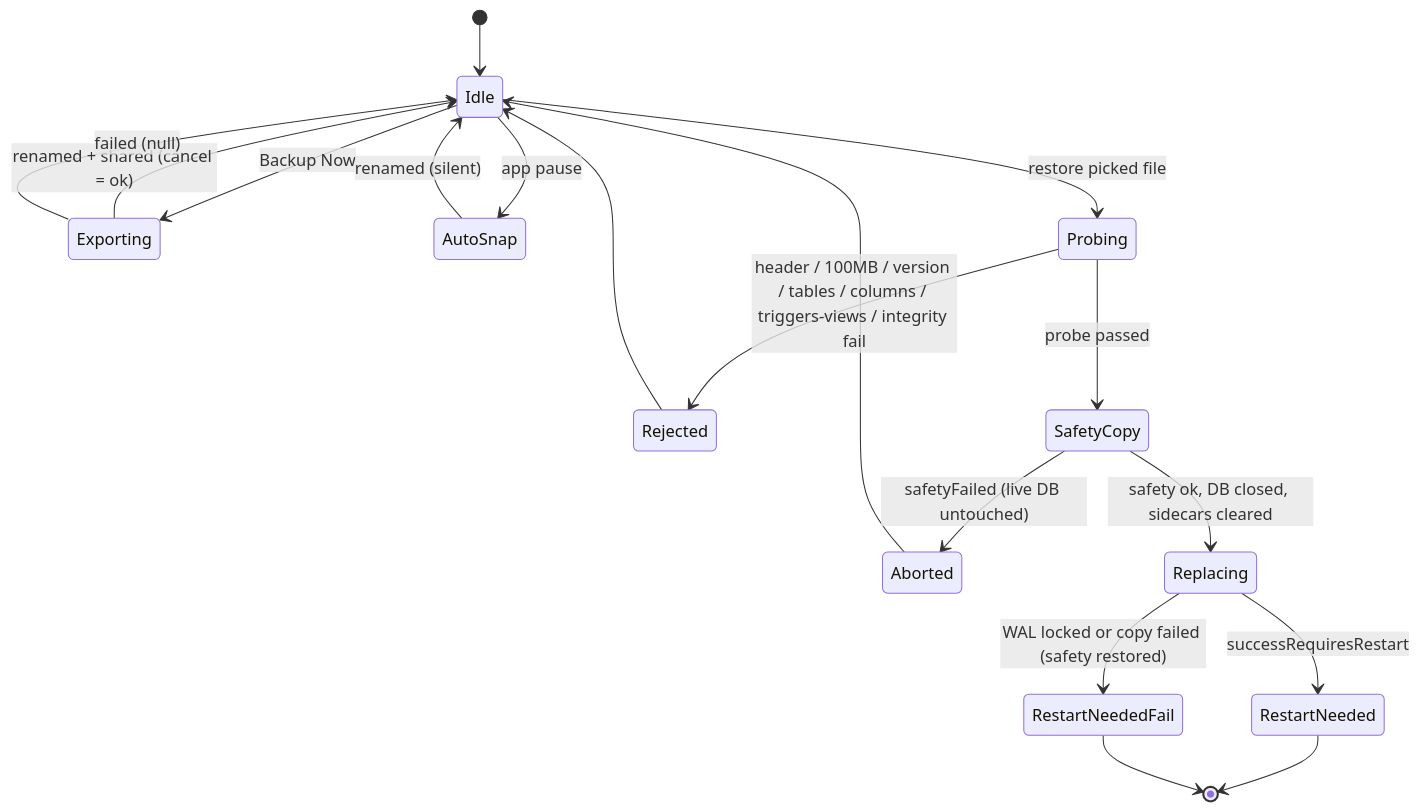
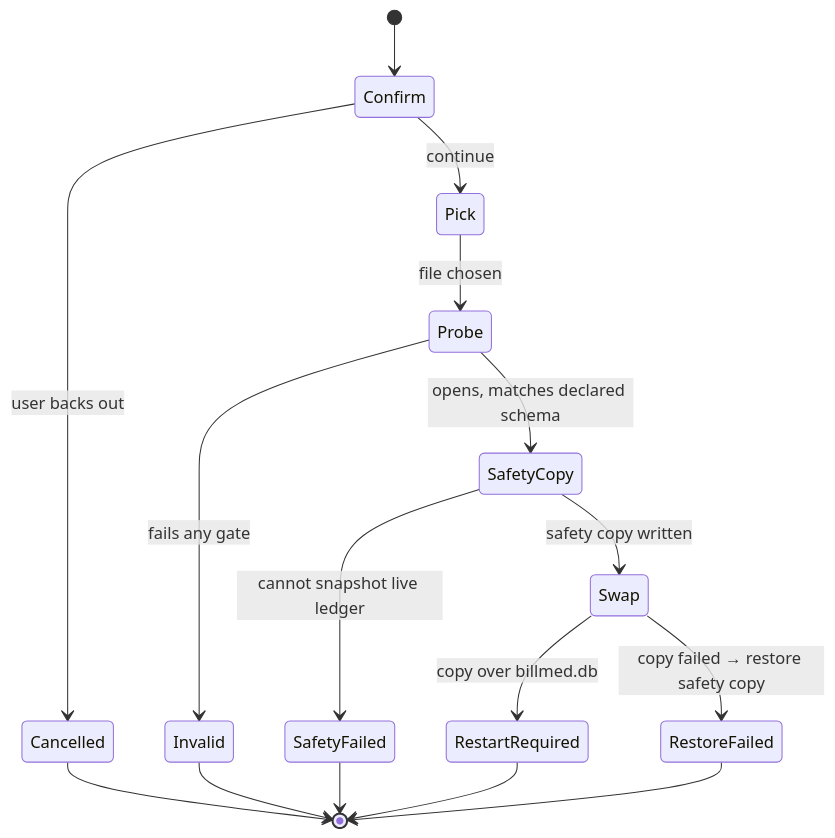
The sixth of 7 diagrams in ARCHITECTURE.md (krsnaSuraj/BillMed), drawn with Mermaid before and after one commit. The commit also changed other lines of this file and 48 other files, not shown here.

````diff
--- a/ARCHITECTURE.md
+++ b/ARCHITECTURE.md
@@ -162,20 +447,18 @@
 ```mermaid
 stateDiagram-v2
-    [*] --> Idle
-    Idle --> Exporting: Backup Now
-    Idle --> AutoSnap: app pause
-    Idle --> Probing: restore picked file
-    Exporting --> Idle: renamed + shared (cancel = ok)
-    Exporting --> Idle: failed (null)
-    AutoSnap --> Idle: renamed (silent)
-    Probing --> Rejected: header / 100MB / version / tables / columns / triggers-views / integrity fail
-    Probing --> SafetyCopy: probe passed
-    SafetyCopy --> Aborted: safetyFailed (live DB untouched)
-    SafetyCopy --> Replacing: safety ok, DB closed, sidecars cleared
-    Replacing --> RestartNeeded: successRequiresRestart
-    Replacing --> RestartNeededFail: WAL locked or copy failed (safety restored)
-    Rejected --> Idle
-    Aborted --> Idle
-    RestartNeeded --> [*]
-    RestartNeededFail --> [*]
+    [*] --> Confirm
+    Confirm --> Cancelled: user backs out
+    Confirm --> Pick: continue
+    Pick --> Probe: file chosen
+    Probe --> Invalid: fails any gate
+    Probe --> SafetyCopy: opens, matches declared schema
+    SafetyCopy --> SafetyFailed: cannot snapshot live ledger
+    SafetyCopy --> Swap: safety copy written
+    Swap --> RestartRequired: copy over billmed.db
+    Swap --> RestoreFailed: copy failed → restore safety copy
+    RestartRequired --> [*]
+    SafetyFailed --> [*]
+    RestoreFailed --> [*]
+    Invalid --> [*]
+    Cancelled --> [*]
 ```
````
